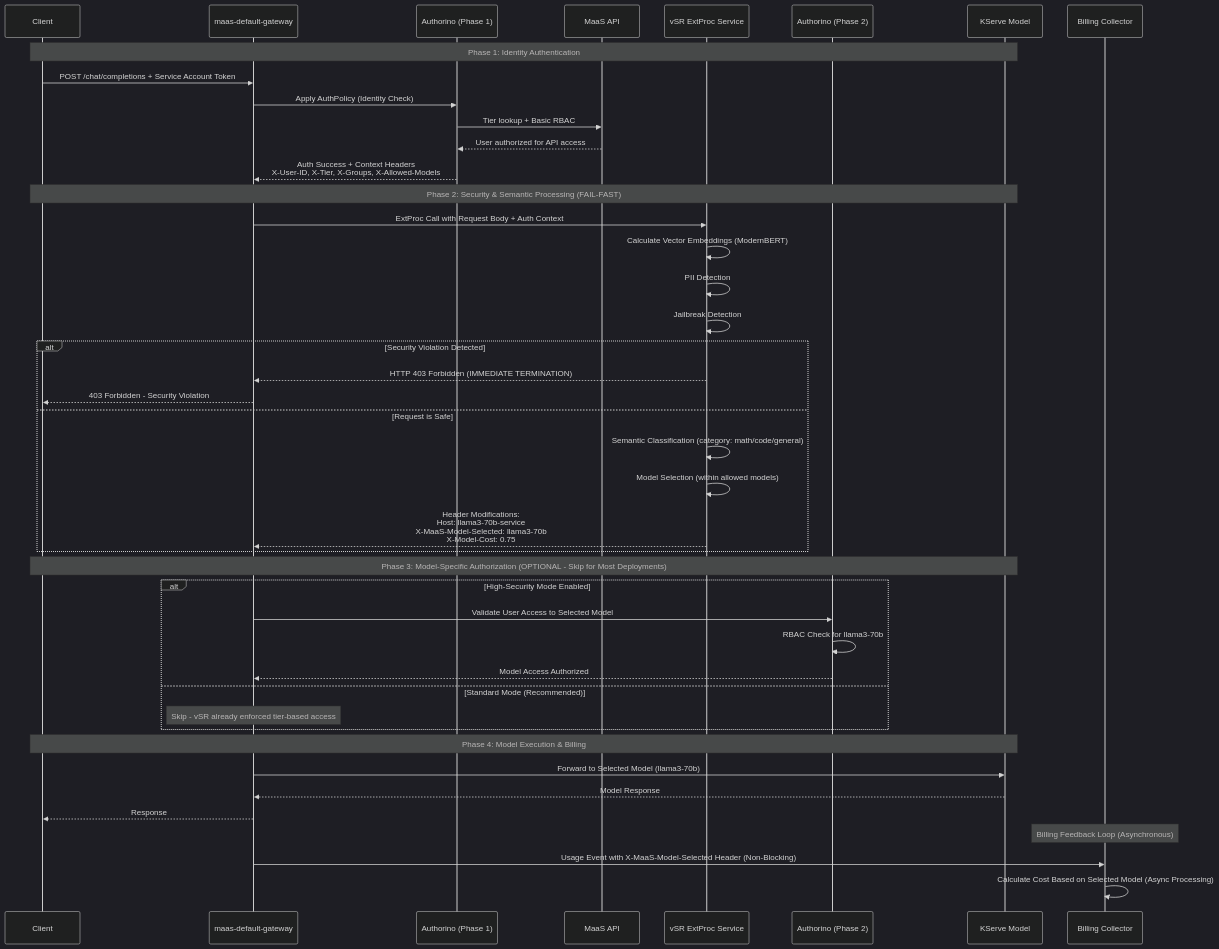
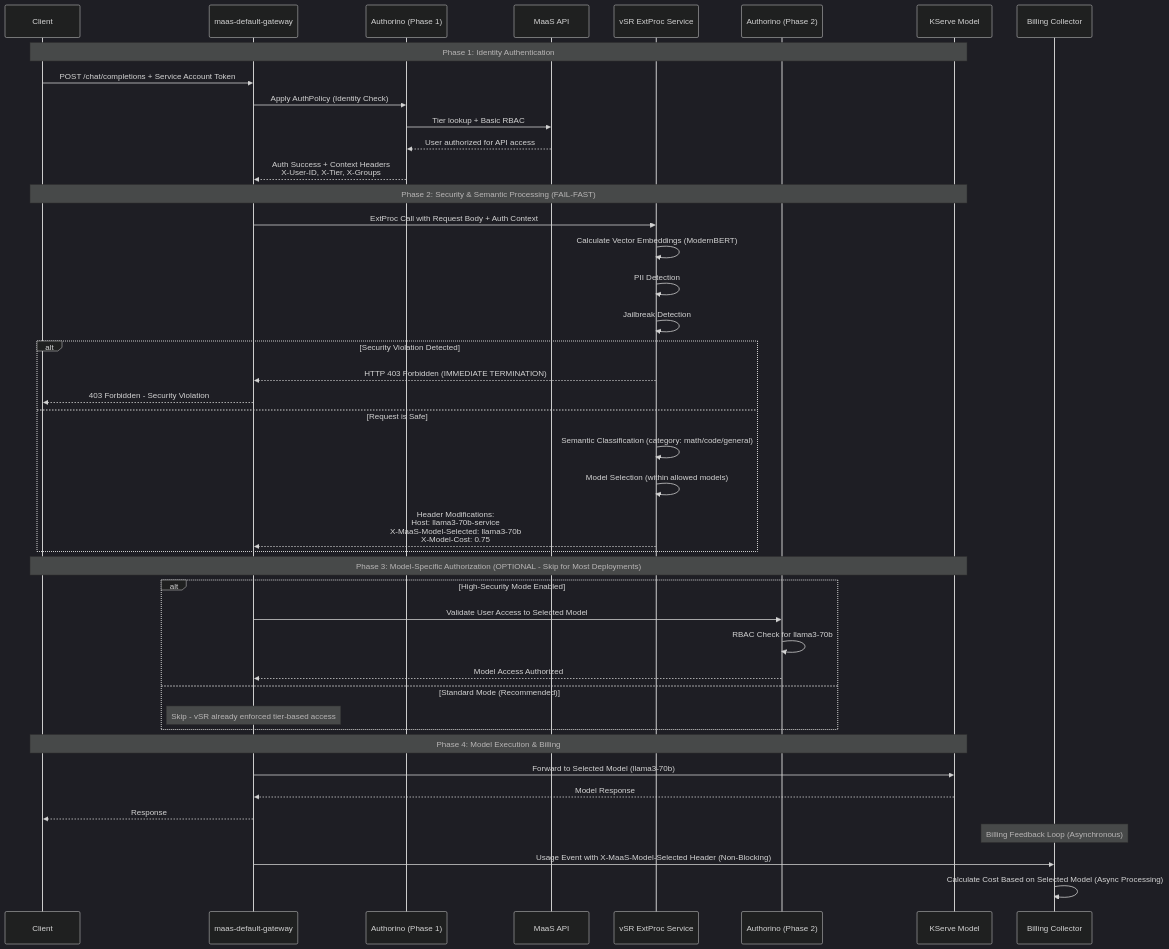
The ninth of 9 diagrams in docs/designs/vSR-Integration/README.md (noyitz/maas-billing), drawn with Mermaid (dark theme) before and after one commit. The commit also changed other lines of this file, not shown here.

````diff
--- a/docs/designs/vSR-Integration/README.md
+++ b/docs/designs/vSR-Integration/README.md
@@ -370,51 +370,51 @@
 ```mermaid
 sequenceDiagram
     participant Client
     participant Gateway as maas-default-gateway
     participant Authorino as Authorino (Phase 1)
     participant MaaSAPI as MaaS API
     participant vSR as vSR ExtProc Service
     participant Authorino2 as Authorino (Phase 2)
     participant KServe as KServe Model
     participant Billing as Billing Collector
     
     Note over Client,KServe: Phase 1: Identity Authentication
     Client->>Gateway: POST /chat/completions + Service Account Token
     Gateway->>Authorino: Apply AuthPolicy (Identity Check)
     Authorino->>MaaSAPI: Tier lookup + Basic RBAC
     MaaSAPI-->>Authorino: User authorized for API access
-    Authorino-->>Gateway: Auth Success + Context Headers<br/>X-User-ID, X-Tier, X-Groups, X-Allowed-Models
+    Authorino-->>Gateway: Auth Success + Context Headers<br/>X-User-ID, X-Tier, X-Groups
     
     Note over Client,KServe: Phase 2: Security & Semantic Processing (FAIL-FAST)
     Gateway->>vSR: ExtProc Call with Request Body + Auth Context
     vSR->>vSR: Calculate Vector Embeddings (ModernBERT)
     vSR->>vSR: PII Detection
     vSR->>vSR: Jailbreak Detection
     
     alt Security Violation Detected
         vSR-->>Gateway: HTTP 403 Forbidden (IMMEDIATE TERMINATION)
         Gateway-->>Client: 403 Forbidden - Security Violation
     else Request is Safe
         vSR->>vSR: Semantic Classification (category: math/code/general)
         vSR->>vSR: Model Selection (within allowed models)
         vSR-->>Gateway: Header Modifications:<br/>Host: llama3-70b-service<br/>X-MaaS-Model-Selected: llama3-70b<br/>X-Model-Cost: 0.75
     end
     
     Note over Client,KServe: Phase 3: Model-Specific Authorization (OPTIONAL - Skip for Most Deployments)
     alt High-Security Mode Enabled
         Gateway->>Authorino2: Validate User Access to Selected Model
         Authorino2->>Authorino2: RBAC Check for llama3-70b
         Authorino2-->>Gateway: Model Access Authorized
     else Standard Mode (Recommended)
         Note over Gateway: Skip - vSR already enforced tier-based access
     end
     
     Note over Client,KServe: Phase 4: Model Execution & Billing
     Gateway->>KServe: Forward to Selected Model (llama3-70b)
     KServe-->>Gateway: Model Response
     Gateway-->>Client: Response
     
     Note over Billing: Billing Feedback Loop (Asynchronous)
     Gateway->>Billing: Usage Event with X-MaaS-Model-Selected Header (Non-Blocking)
     Billing->>Billing: Calculate Cost Based on Selected Model (Async Processing)
 ```
````
